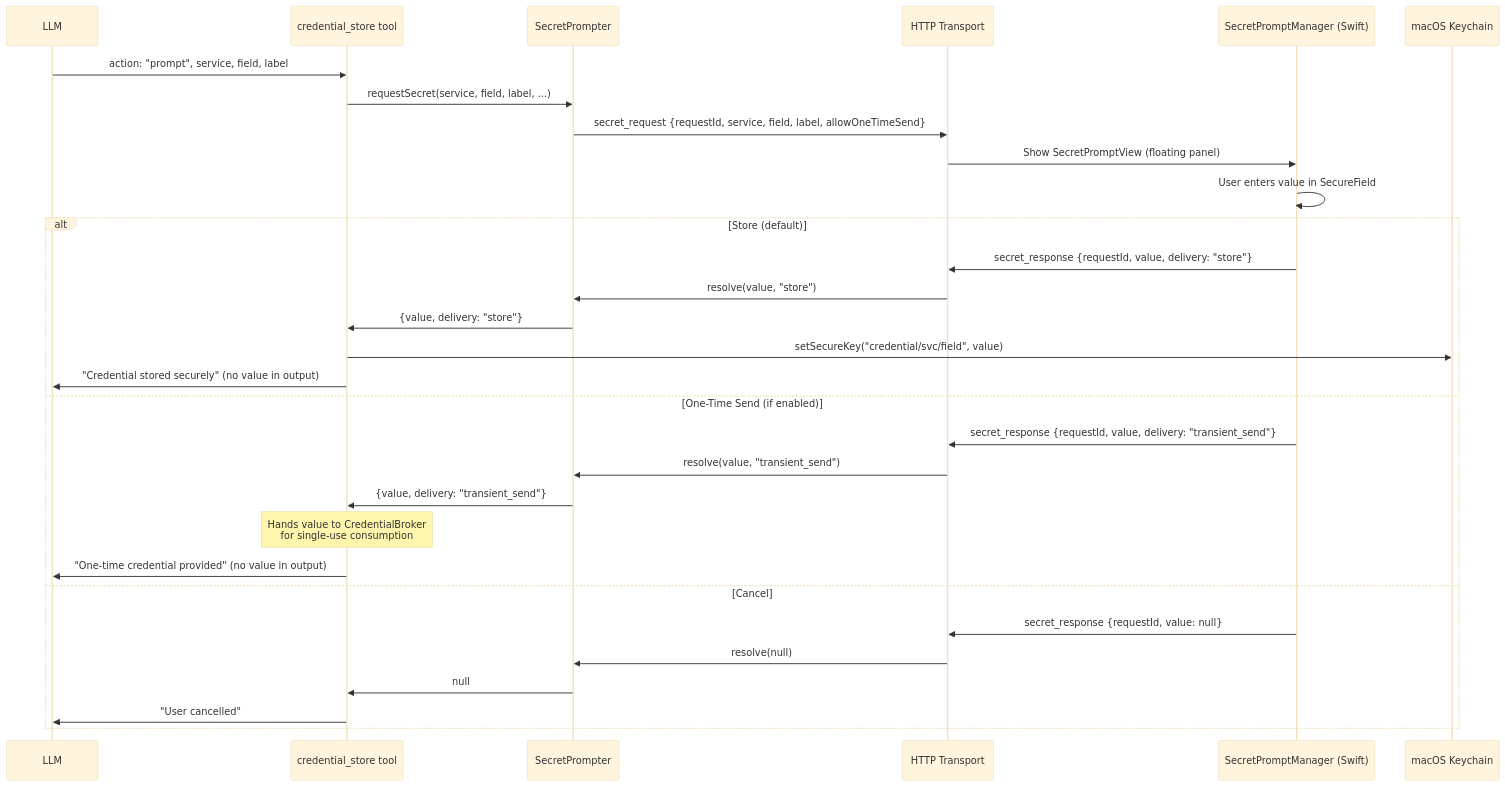
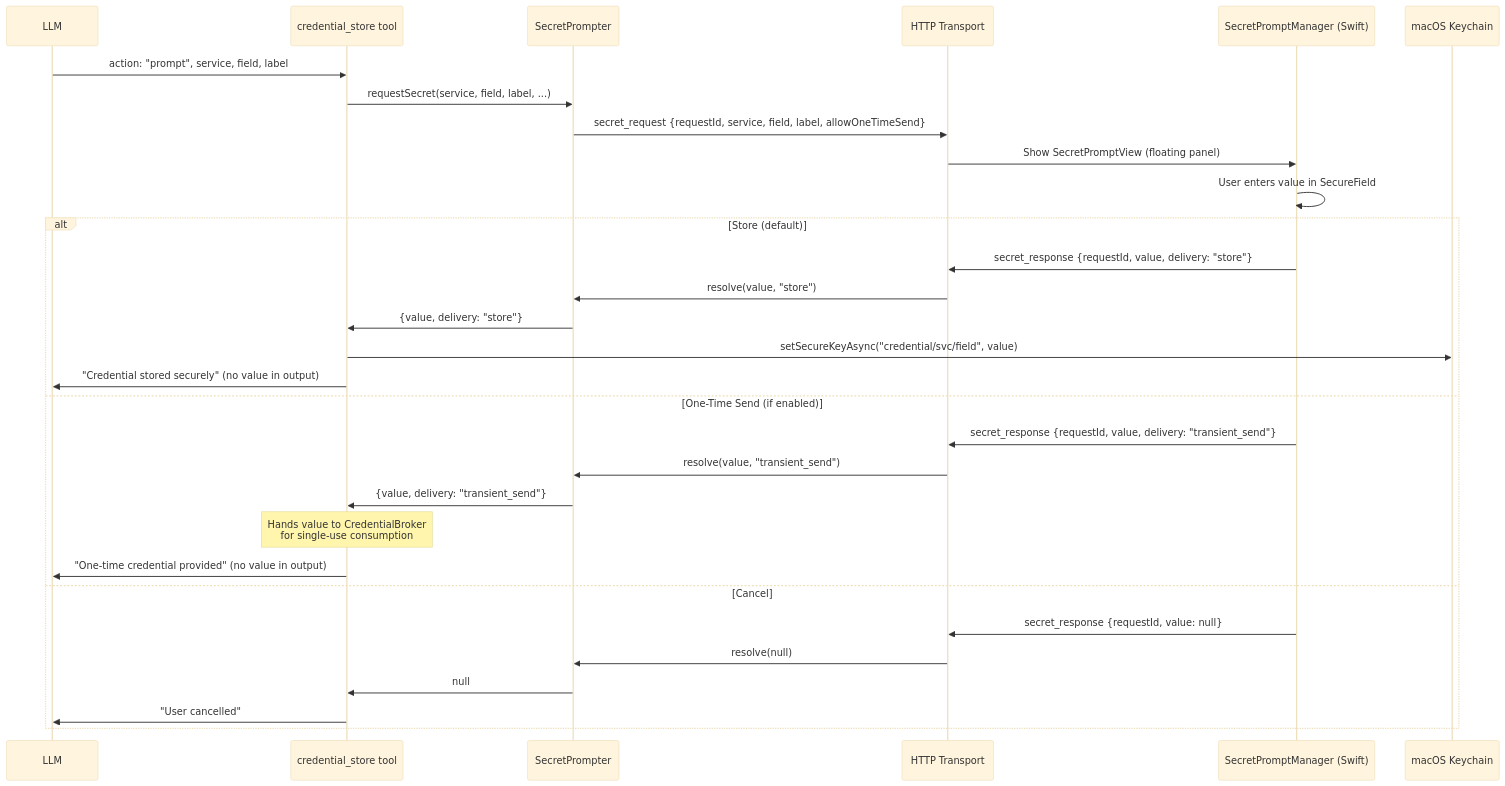
One commit to vellum-ai/vellum-assistant changed the second of 5 diagrams in assistant/docs/architecture/security.md. Above: the diagram before and after it, drawn with Mermaid (base theme). The commit also changed other lines of this file and 11 other files, not shown here.

Commit message:
refactor: delete sync getSecureKey/setSecureKey/deleteSecureKey and update docs

````diff
--- a/assistant/docs/architecture/security.md
+++ b/assistant/docs/architecture/security.md
@@ -218,33 +218,33 @@
 ```mermaid
 sequenceDiagram
     participant Model as LLM
     participant Vault as credential_store tool
     participant Prompter as SecretPrompter
     participant HTTP as HTTP Transport
     participant UI as SecretPromptManager (Swift)
     participant Keychain as macOS Keychain
 
     Model->>Vault: action: "prompt", service, field, label
     Vault->>Prompter: requestSecret(service, field, label, ...)
     Prompter->>HTTP: secret_request {requestId, service, field, label, allowOneTimeSend}
     HTTP->>UI: Show SecretPromptView (floating panel)
     UI->>UI: User enters value in SecureField
     alt Store (default)
         UI->>HTTP: secret_response {requestId, value, delivery: "store"}
         HTTP->>Prompter: resolve(value, "store")
         Prompter->>Vault: {value, delivery: "store"}
-        Vault->>Keychain: setSecureKey("credential/svc/field", value)
+        Vault->>Keychain: setSecureKeyAsync("credential/svc/field", value)
         Vault->>Model: "Credential stored securely" (no value in output)
     else One-Time Send (if enabled)
         UI->>HTTP: secret_response {requestId, value, delivery: "transient_send"}
         HTTP->>Prompter: resolve(value, "transient_send")
         Prompter->>Vault: {value, delivery: "transient_send"}
         Note over Vault: Hands value to CredentialBroker<br/>for single-use consumption
         Vault->>Model: "One-time credential provided" (no value in output)
     else Cancel
         UI->>HTTP: secret_response {requestId, value: null}
         HTTP->>Prompter: resolve(null)
         Prompter->>Vault: null
         Vault->>Model: "User cancelled"
     end
 ```
````
